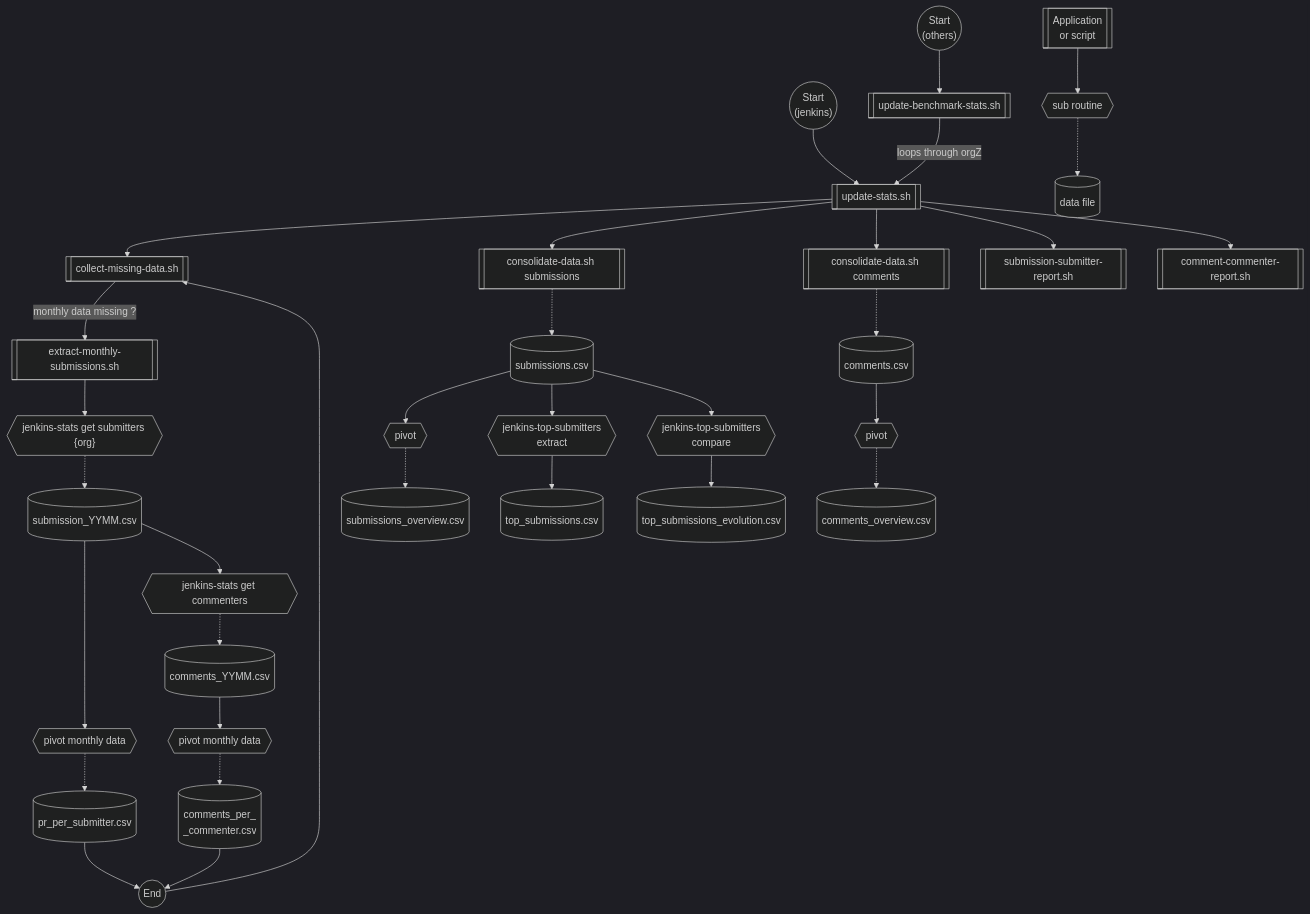
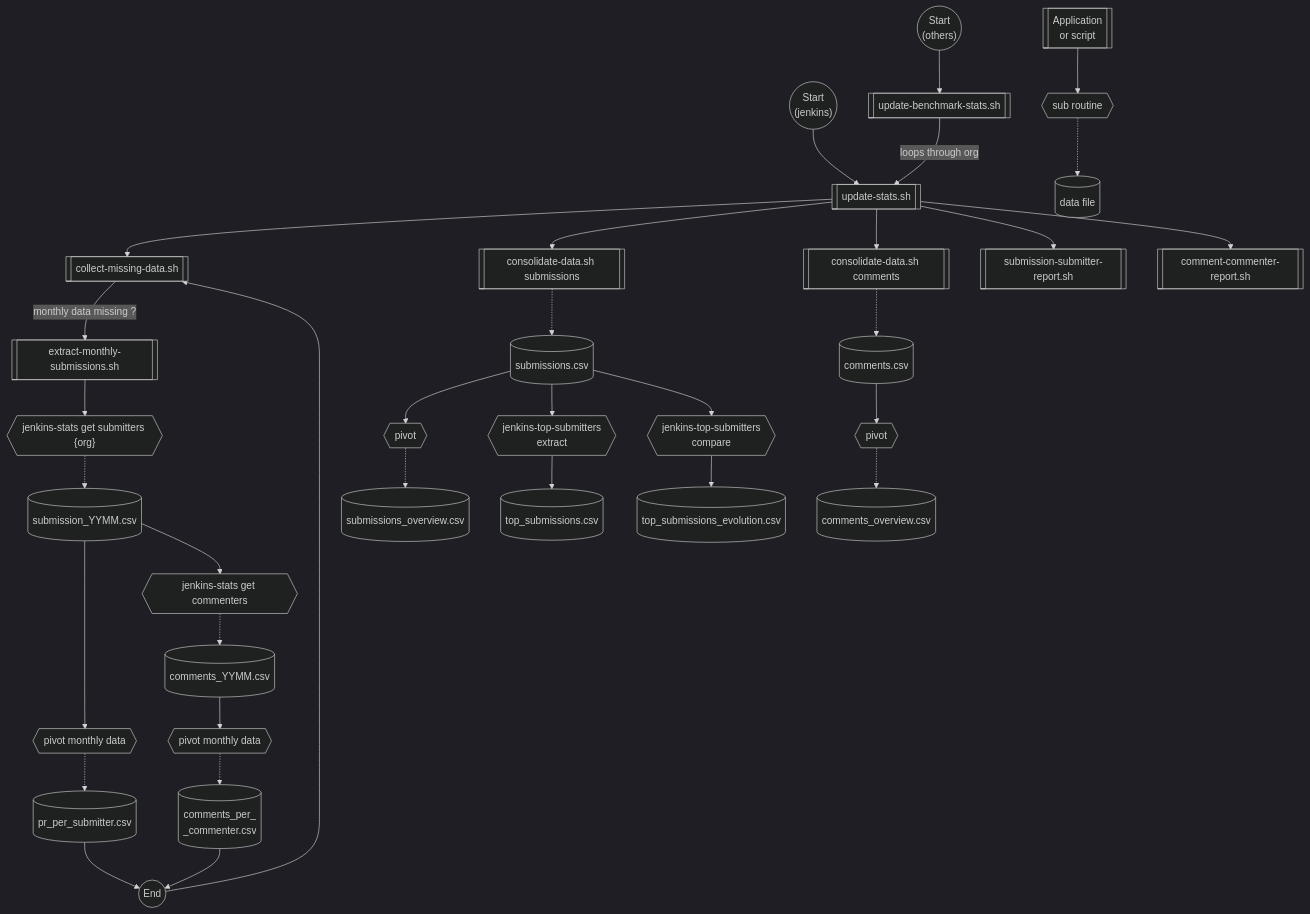
One commit to jenkins-infra/jenkins-contribution-stats changed the diagram in README.md. Above: the diagram before and after it, drawn with Mermaid (dark theme).

Commit message:
GH action test successful, reverting marker

````diff
--- a/README.md
+++ b/README.md
@@ -66,67 +66,67 @@
 ```mermaid
 flowchart TD
 	start1(("`Start
 	(others)
 	 `"))
 
     start2(("`Start
     (jenkins)
      `"))
 
     extract_end((End))
 
     %% Processes
 
 	A[[update-benchmark-stats.sh]]
 	B[[update-stats.sh]]
     C[[collect-missing-data.sh]]
     D[[consolidate-data.sh submissions]]
     E[[consolidate-data.sh comments]]
     F[[submission-submitter-report.sh]]
     G[[comment-commenter-report.sh]]
     extracData[[extract-monthly-submissions.sh]]
     get_submitters{{"jenkins-stats get submitters {org}"}}
     get_commenters{{"jenkins-stats get commenters"}}
     top_extract{{jenkins-top-submitters </br> extract}}
     top_compare{{jenkins-top-submitters </br>compare}}
 
     %% data files
     submission_month[(submission_YYMM.csv)]
     monththlyPivot_submit[(pr_per_submitter.csv)]
     comments_month[(comments_YYMM.csv)]
     monththlyPivot_comment[(comments_per_</br>_commenter.csv)]
     global_submissions[(submissions.csv)]
     global_submissionsOverview[(submissions_overview.csv)]
     top_submission[(top_submissions.csv)]
     top_submission_evol[(top_submissions_evolution.csv)]
 
     global_comments[(comments.csv)]
     global_commentsOverview[(comments_overview.csv)]
 
     %% legend
     legend_app[[Application </br>or script]]
     legend_sub{{sub routine}}
     legend_data[(data file)]
     legend_app --> legend_sub -.-> legend_data
 
     %% pivot processes
     monthlypivot_subm{{pivot monthly data}}
     monthlypivot_comment{{pivot monthly data}}
     subm_overview_pivot{{pivot}}
     comment_overview_pivot{{pivot}}
 
     
     %% flow
-	start1 --> A -- loops through orgZ --> B
+	start1 --> A -- loops through org --> B
 	start2 --> B
     B --> C -- monthly data missing ? --> extracData  --> get_submitters
     get_submitters -.-> submission_month --> monthlypivot_subm -.-> monththlyPivot_submit --> extract_end --> C
     submission_month --> get_commenters -.-> comments_month --> monthlypivot_comment -.-> monththlyPivot_comment --> extract_end
     B --> D -.-> global_submissions
     global_submissions --> subm_overview_pivot -.-> global_submissionsOverview
     global_submissions --> top_extract --> top_submission
     global_submissions --> top_compare --> top_submission_evol
     B --> E -.-> global_comments --> comment_overview_pivot -.-> global_commentsOverview
     B --> F 
     B --> G
 ```
````
